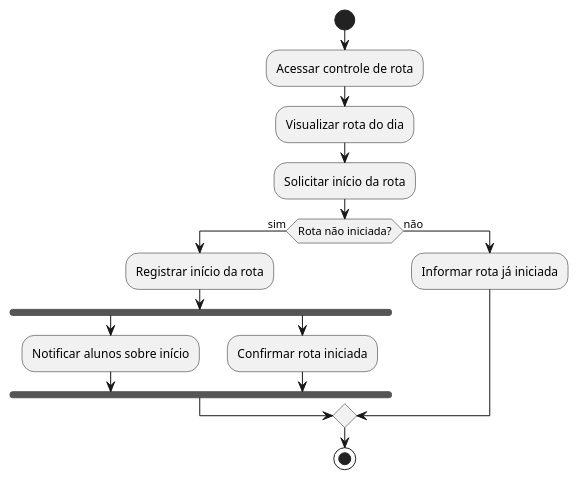
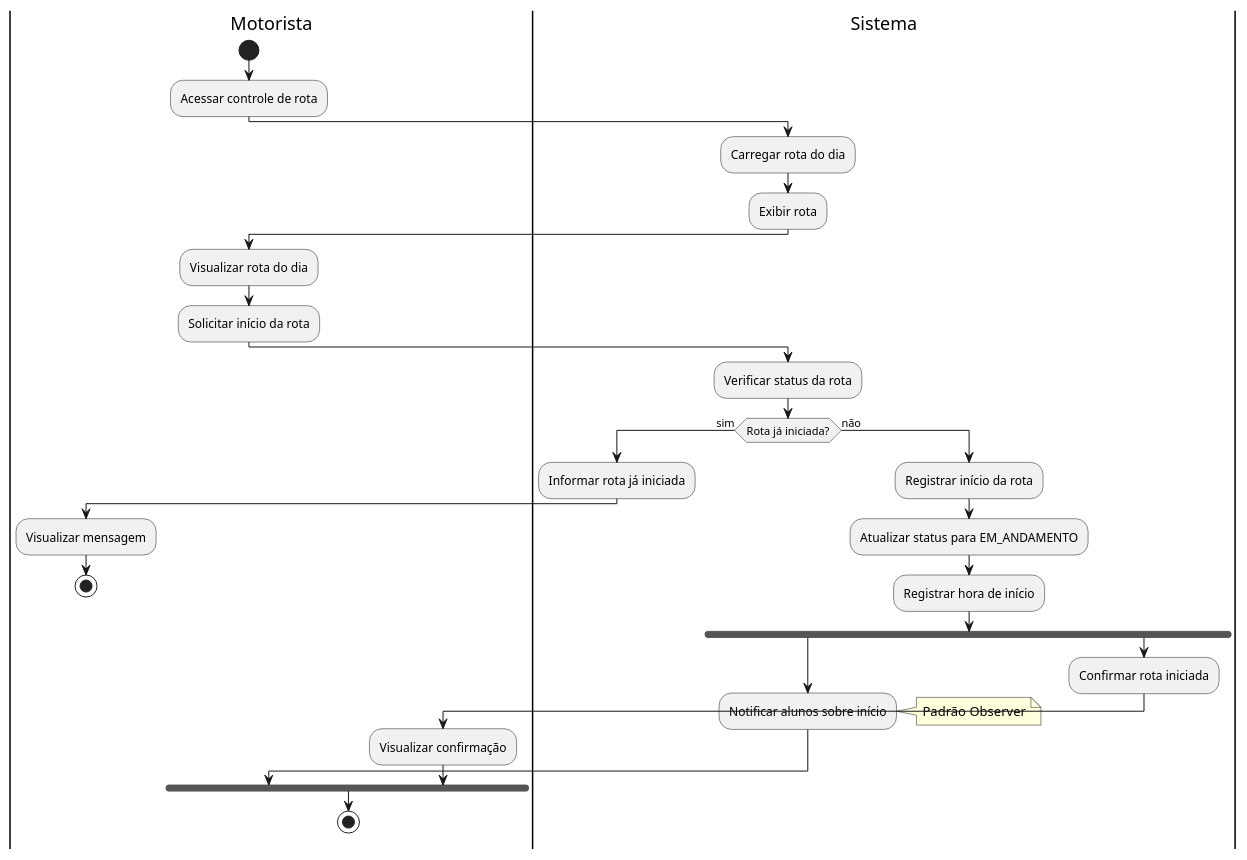
The diagram in atividades/Caso_05_Atividade.puml (viniciusdias2902/modelagem_uml), drawn with PlantUML before and after one commit. The commit also changed 32 other files, not shown here.

Commit message:
Correção dos diagramas de atividade

```diff
--- a/atividades/Caso_05_Atividade.puml
+++ b/atividades/Caso_05_Atividade.puml
@@ -1,17 +1,44 @@
 @startuml
+|Motorista|
 start
 :Acessar controle de rota;
+
+|Sistema|
+:Carregar rota do dia;
+:Exibir rota;
+
+|Motorista|
 :Visualizar rota do dia;
 :Solicitar início da rota;
-if (Rota não iniciada?) then (sim)
+
+|Sistema|
+:Verificar status da rota;
+
+if (Rota já iniciada?) then (sim)
+  :Informar rota já iniciada;
+  
+  |Motorista|
+  :Visualizar mensagem;
+  stop
+else (não)
+  |Sistema|
   :Registrar início da rota;
+  :Atualizar status para EM_ANDAMENTO;
+  :Registrar hora de início;
+  
   fork
+    |Sistema|
     :Notificar alunos sobre início;
+    note right: Padrão Observer
   fork again
+    |Sistema|
     :Confirmar rota iniciada;
+    
+    |Motorista|
+    :Visualizar confirmação;
   end fork
-else (não)
-  :Informar rota já iniciada;
+  
+  |Motorista|
+  stop
 endif
-stop
 @enduml
```
